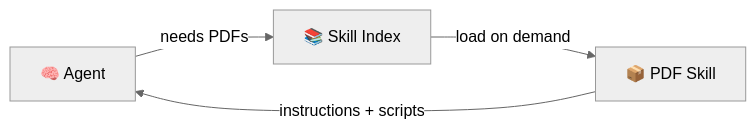
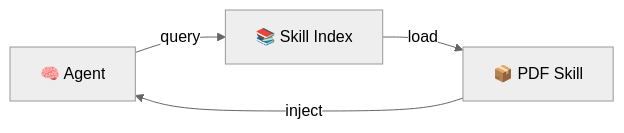
One commit to agenticloops-ai/agentic-ai-engineering changed the seventh of 8 diagrams in 01-foundations/workshop.md. Above: the diagram before and after it, drawn with Mermaid (neutral theme). The commit also changed other lines of this file, not shown here.

Commit message:
docs: standardize diagram naming (nouns for shapes, verbs for arrows)

````diff
--- a/01-foundations/workshop.md
+++ b/01-foundations/workshop.md
@@ -323,6 +323,6 @@
 ```mermaid
 flowchart LR
-    A[🧠 Agent] -->|needs PDFs| L[📚 Skill Index]
-    L -->|load on demand| S[📦 PDF Skill]
-    S -->|instructions + scripts| A
+    A[🧠 Agent] -->|query| L[📚 Skill Index]
+    L -->|load| S[📦 PDF Skill]
+    S -->|inject| A
 ```
````
